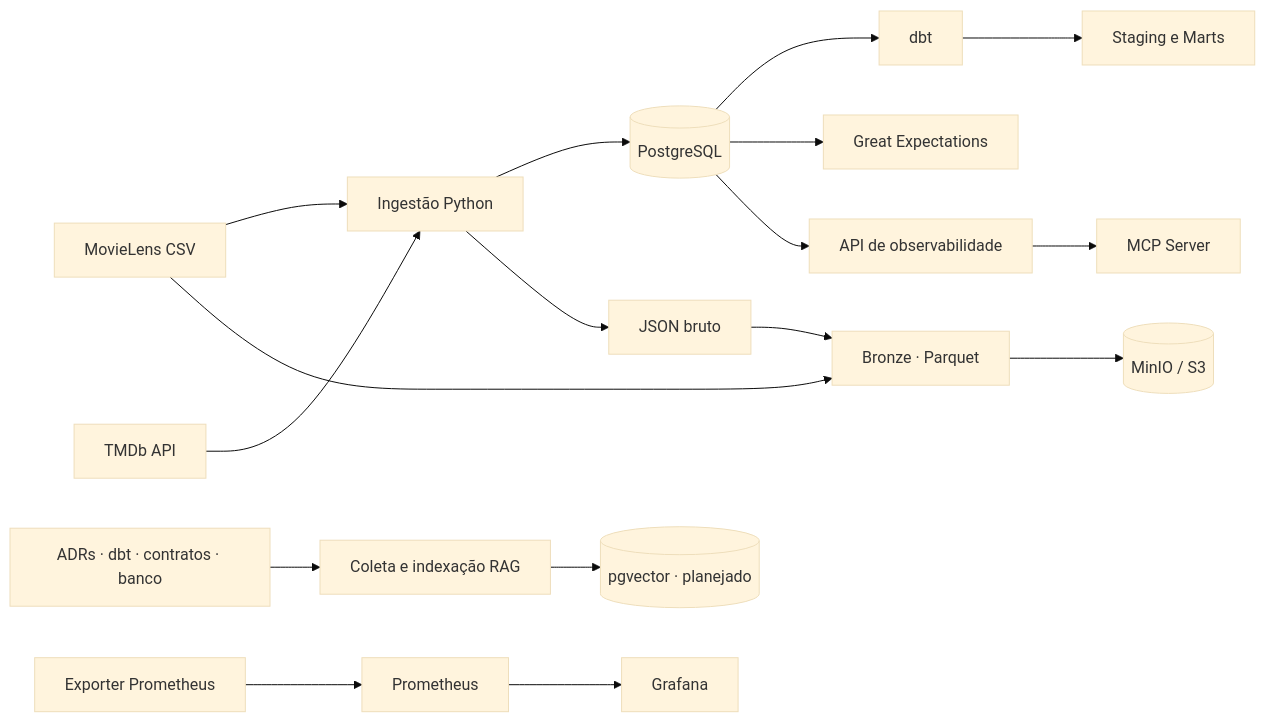
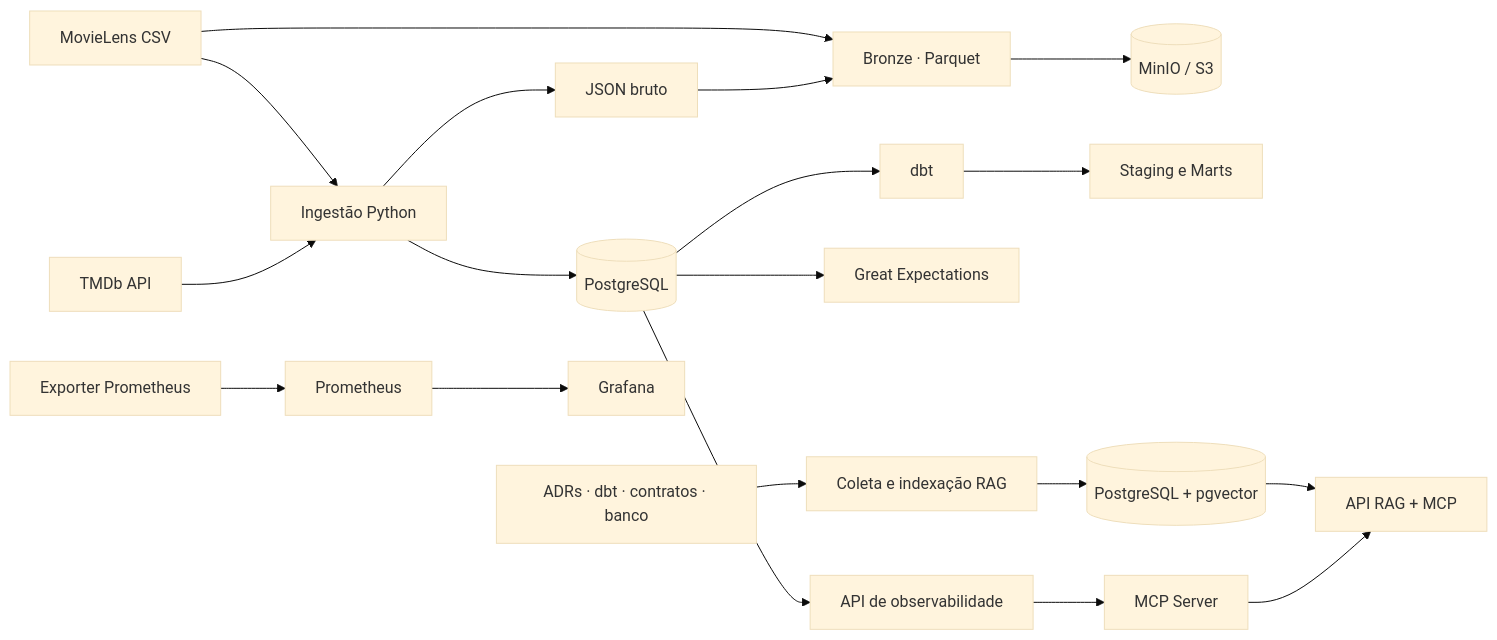
Before and after one commit to CostaPaiiva/CineLake-AI: the diagram in README.md, drawn with Mermaid (base theme). The commit also changed other lines of this file, not shown here.

````diff
--- a/README.md
+++ b/README.md
@@ -25,19 +25,21 @@
 ```mermaid
 flowchart LR
     ML[MovieLens CSV] --> ING[Ingestão Python]
     TMDB[TMDb API] --> ING
     ING --> PG[(PostgreSQL)]
     ING --> RAW[JSON bruto]
     ML --> BRONZE[Bronze · Parquet]
     RAW --> BRONZE
     BRONZE --> MINIO[(MinIO / S3)]
     PG --> DBT[dbt]
     DBT --> MARTS[Staging e Marts]
     PG --> GE[Great Expectations]
     PG --> OBS[API de observabilidade]
     OBS --> MCP[MCP Server]
     DOCS[ADRs · dbt · contratos · banco] --> RAG[Coleta e indexação RAG]
-    RAG --> VDB[(pgvector · planejado)]
+    RAG --> VDB[(PostgreSQL + pgvector)]
+    VDB --> RAGAPI[API RAG + MCP]
+    MCP --> RAGAPI
     EXP[Exporter Prometheus] --> PROM[Prometheus]
     PROM --> GRAF[Grafana]
 ```
````
